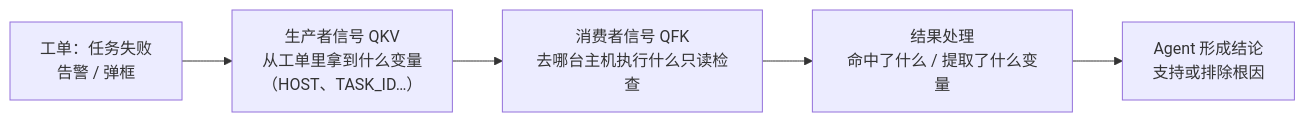
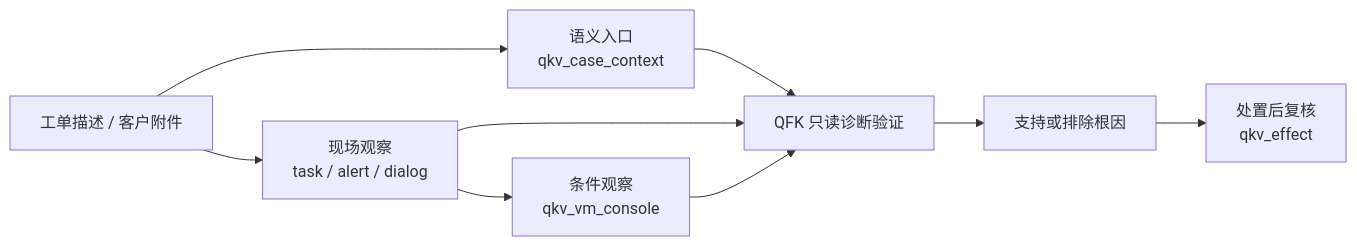
Before and after one commit to tomturing/hci-troubleshoot-platform: the first of 10 diagrams in docs/solution/agent/KBD审核发布操作指南.md, drawn with Mermaid. The commit also changed other lines of this file and 147 other files, not shown here.

````diff
--- a/docs/solution/agent/KBD审核发布操作指南.md
+++ b/docs/solution/agent/KBD审核发布操作指南.md
@@ -50,7 +50,11 @@
 ```mermaid
 flowchart LR
-    A["工单：任务失败<br/>告警 / 弹框"] --> B["生产者信号 QKV<br/>从工单里拿到什么变量<br/>（HOST、TASK_ID…）"]
-    B --> C["消费者信号 QFK<br/>去哪台主机执行什么只读检查"]
-    C --> D["结果处理<br/>命中了什么 / 提取了什么变量"]
-    D --> E["Agent 形成结论<br/>支持或排除根因"]
+    A["工单描述 / 客户附件"] --> B["语义入口<br/>qkv_case_context"]
+    A --> C["现场观察<br/>task / alert / dialog"]
+    C --> D["条件观察<br/>qkv_vm_console"]
+    B --> E["QFK 只读诊断验证"]
+    C --> E
+    D --> E
+    E --> F["支持或排除根因"]
+    F --> G["处置后复核<br/>qkv_effect"]
 ```
````
